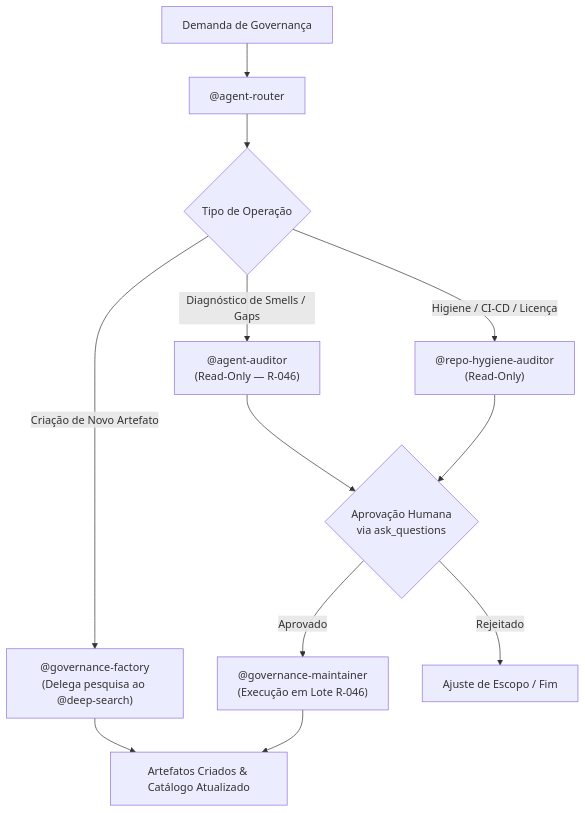
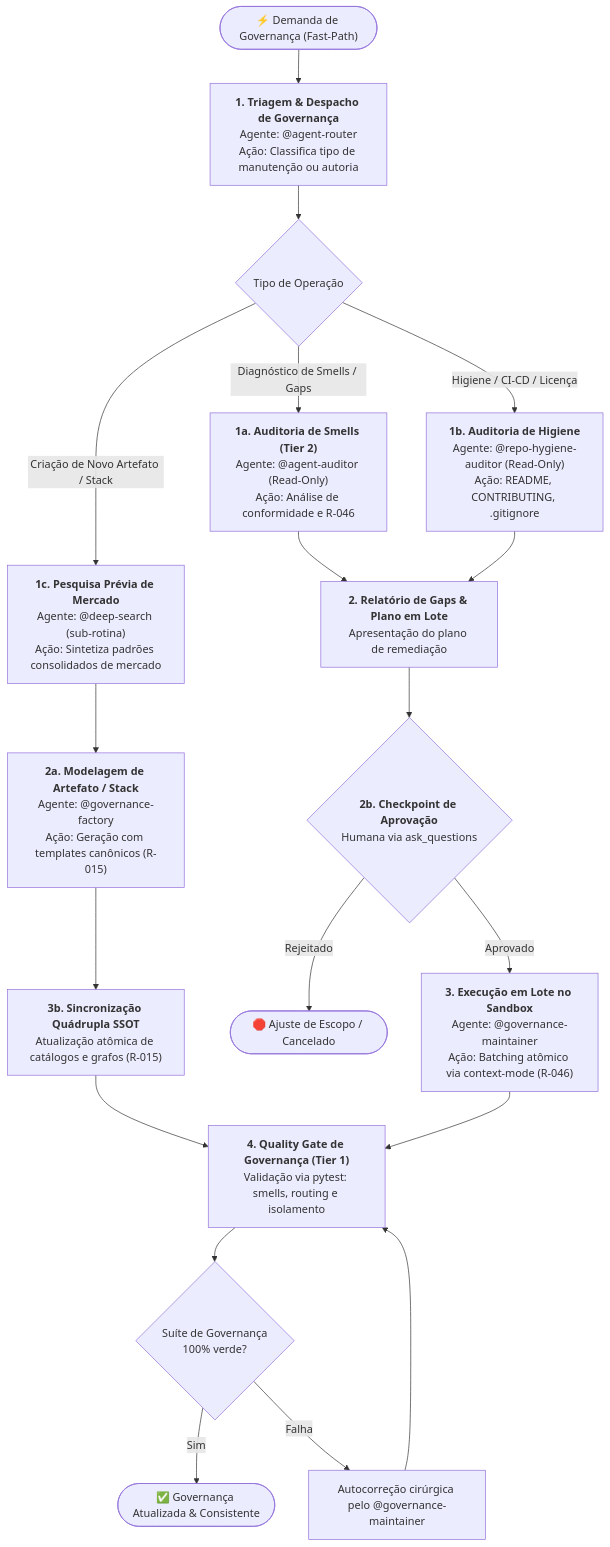
The sixth of 7 diagrams in .github/agents/workflows.md (jezreel8858/deep-agents-copilot), drawn with Mermaid before and after one commit. The commit also changed other lines of this file and 2 other files, not shown here.

First line of the commit message:
feat(workflows): atualiza workflows com novos cenários e validações

````diff
--- a/.github/agents/workflows.md
+++ b/.github/agents/workflows.md
@@ -203,15 +344,28 @@
 ```mermaid
 flowchart TD
-    ReqGov["Demanda de Governança"] --> RouterGov["@agent-router"]
-    RouterGov --> AuditCheck{"Tipo de Operação"}
+    ReqGov(["⚡ Demanda de Governança (Fast-Path)"]) --> RouterGov["<b>1. Triagem & Despacho de Governança</b><br/>Agente: @agent-router<br/>Ação: Classifica tipo de manutenção ou autoria"]
 
-    AuditCheck -- "Diagnóstico de Smells / Gaps" --> Auditor["@agent-auditor\n(Read-Only — R-046)"]
-    AuditCheck -- "Higiene / CI-CD / Licença" --> Hygiene["@repo-hygiene-auditor\n(Read-Only)"]
-    AuditCheck -- "Criação de Novo Artefato" --> Factory["@governance-factory\n(Delega pesquisa ao @deep-search)"]
+    RouterGov --> GovCheck{"Tipo de Operação"}
 
-    Auditor & Hygiene --> HumanGate{"Aprovação Humana\nvia ask_questions"}
-    HumanGate -- "Aprovado" --> Maintainer["@governance-maintainer\n(Execução em Lote R-046)"]
-    HumanGate -- "Rejeitado" --> EndCancel["Ajuste de Escopo / Fim"]
-    Factory --> EndDone["Artefatos Criados & Catálogo Atualizado"]
-    Maintainer --> EndDone
+    GovCheck -- "Diagnóstico de Smells / Gaps" --> Auditor["<b>1a. Auditoria de Smells (Tier 2)</b><br/>Agente: @agent-auditor (Read-Only)<br/>Ação: Análise de conformidade e R-046"]
+    GovCheck -- "Higiene / CI-CD / Licença" --> Hygiene["<b>1b. Auditoria de Higiene</b><br/>Agente: @repo-hygiene-auditor (Read-Only)<br/>Ação: README, CONTRIBUTING, .gitignore"]
+    GovCheck -- "Criação de Novo Artefato / Stack" --> PreSearch["<b>1c. Pesquisa Prévia de Mercado</b><br/>Agente: @deep-search (sub-rotina)<br/>Ação: Sintetiza padrões consolidados de mercado"]
+
+    PreSearch --> Factory["<b>2a. Modelagem de Artefato / Stack</b><br/>Agente: @governance-factory<br/>Ação: Geração com templates canônicos (R-015)"]
+
+    Auditor & Hygiene --> PlanReport["<b>2. Relatório de Gaps & Plano em Lote</b><br/>Apresentação do plano de remediação"]
+
+    PlanReport --> HumanGate{"<b>2b. Checkpoint de Aprovação</b><br/>Humana via ask_questions"}
+
+    HumanGate -- "Aprovado" --> Maintainer["<b>3. Execução em Lote no Sandbox</b><br/>Agente: @governance-maintainer<br/>Ação: Batching atômico via context-mode (R-046)"]
+    HumanGate -- "Rejeitado" --> EndCancel(["🛑 Ajuste de Escopo / Cancelado"])
+
+    Factory --> MaintainerSync["<b>3b. Sincronização Quádrupla SSOT</b><br/>Atualização atômica de catálogos e grafos (R-015)"]
+    MaintainerSync --> GateGov["<b>4. Quality Gate de Governança (Tier 1)</b><br/>Validação via pytest: smells, routing e isolamento"]
+    Maintainer --> GateGov
+
+    GateGov --> CheckGov{"Suíte de Governança<br/>100% verde?"}
+    CheckGov -- "Sim" --> EndDone(["✅ Governança Atualizada & Consistente"])
+    CheckGov -- "Falha" --> AutoFix["Autocorreção cirúrgica pelo @governance-maintainer"]
+    AutoFix --> GateGov
 ```
````
